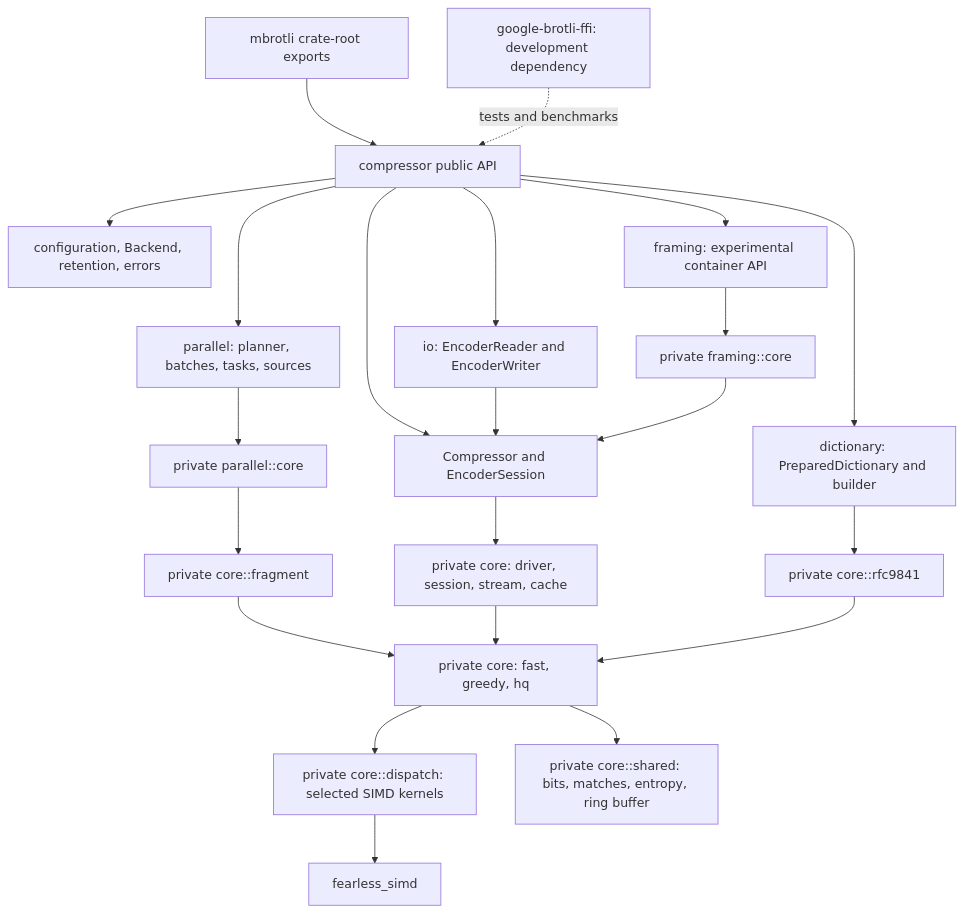
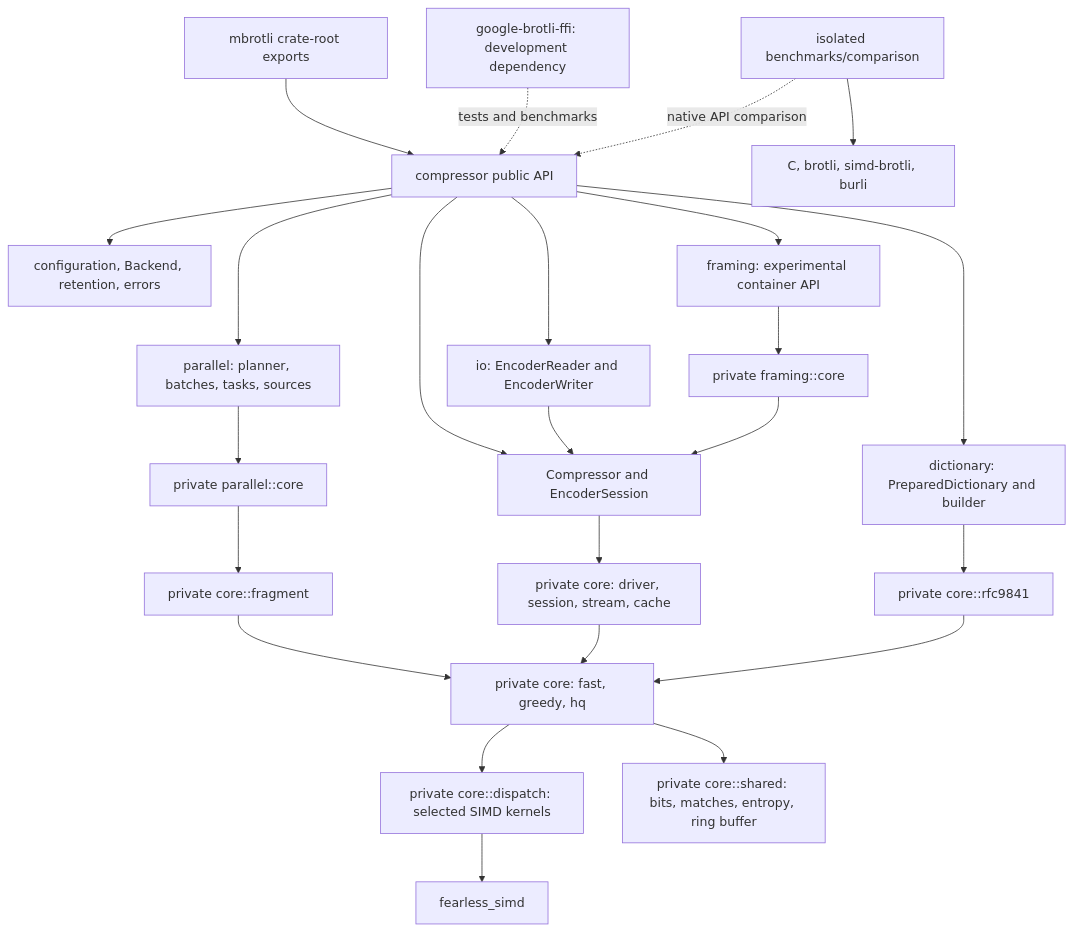
Before and after one commit to Mnwa/mbrotli: the diagram in architecture/README.md, drawn with Mermaid. The commit also changed other lines of this file and 57 other files, not shown here.

````diff
--- a/architecture/README.md
+++ b/architecture/README.md
@@ -28,24 +29,26 @@
 ```mermaid
 graph TD
     Root[mbrotli crate-root exports] --> API[compressor public API]
     API --> Config[configuration, Backend, retention, errors]
     API --> Serial[Compressor and EncoderSession]
     API --> IO[io: EncoderReader and EncoderWriter]
     API --> Dictionary[dictionary: PreparedDictionary and builder]
     API --> Parallel[parallel: planner, batches, tasks, sources]
     API --> Framing[framing: experimental container API]
     IO --> Serial
     Serial --> Stream[private core: driver, session, stream, cache]
     Dictionary --> RFC[private core::rfc9841]
     Framing --> FrameCore[private framing::core]
     FrameCore --> Serial
     Parallel --> ParallelCore[private parallel::core]
     ParallelCore --> Fragment[private core::fragment]
     Fragment --> Encoders[private core: fast, greedy, hq]
     Stream --> Encoders
     RFC --> Encoders
     Encoders --> Kernels[private core::dispatch: selected SIMD kernels]
     Encoders --> Shared[private core::shared: bits, matches, entropy, ring buffer]
     Kernels --> SIMD[fearless_simd]
     C[google-brotli-ffi: development dependency] -. tests and benchmarks .-> API
+    Comparison[isolated benchmarks/comparison] -. native API comparison .-> API
+    Comparison --> Competitors[C, brotli, simd-brotli, burli]
 ```
````
